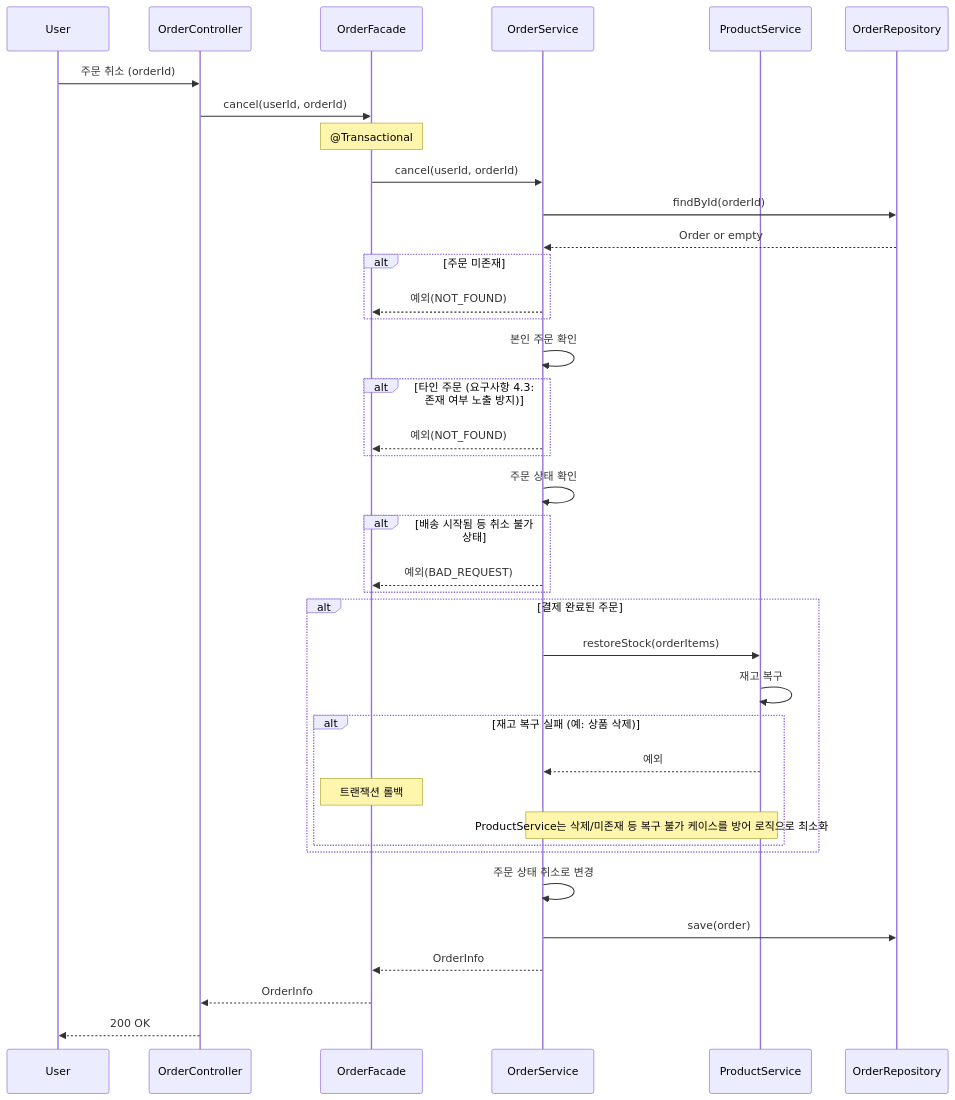
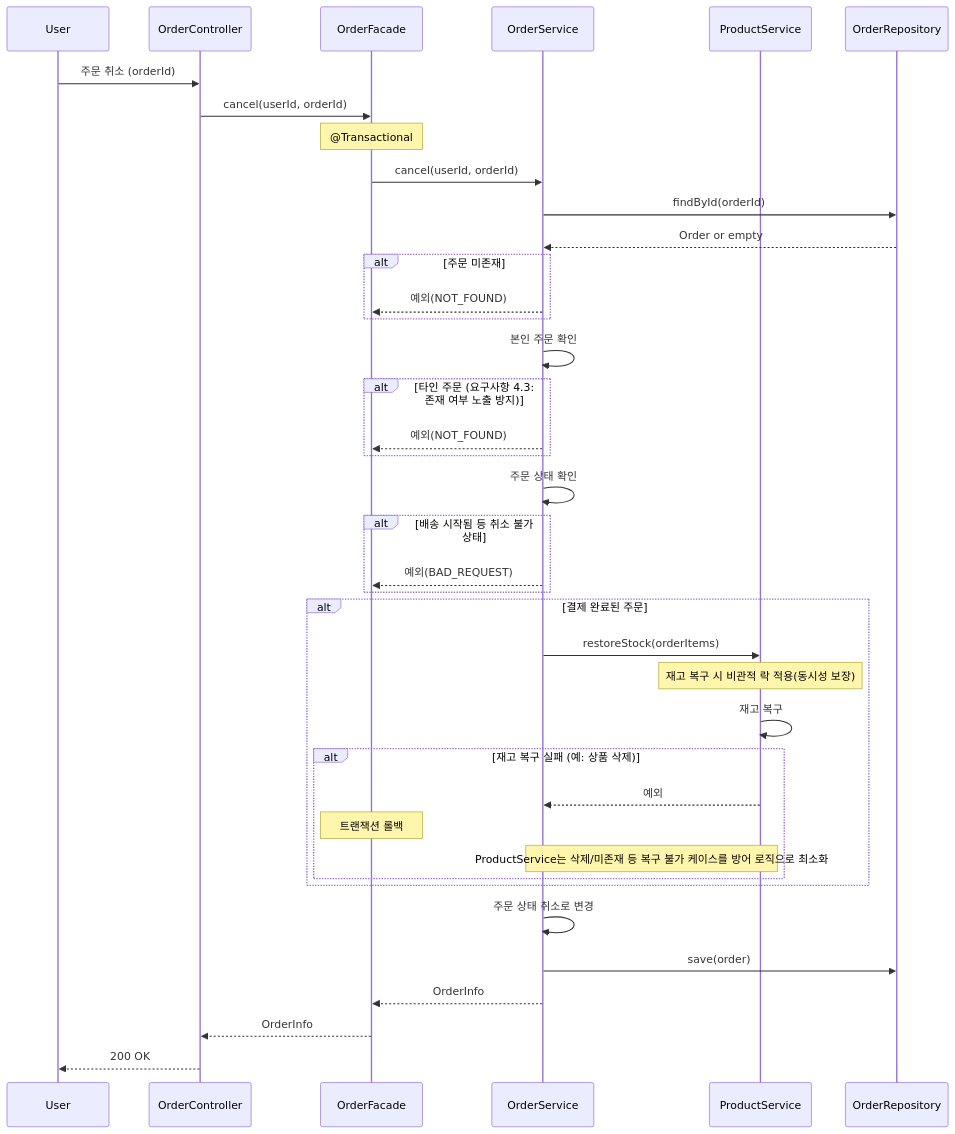
One commit to Loopers-dev-lab/loop-pack-be-l2-vol3-java changed the sixth of 6 diagrams in .docs/design/02-sequence-diagrams.md. Above: the diagram before and after it, drawn with Mermaid. The commit also changed other lines of this file and 2 other files, not shown here.

First line of the commit message:
docs: 요구사항·시퀀스·클래스다이어그램 보완

````diff
--- a/.docs/design/02-sequence-diagrams.md
+++ b/.docs/design/02-sequence-diagrams.md
@@ -273,46 +273,47 @@
 ```mermaid
 sequenceDiagram
     participant User
     participant OrderController
     participant OrderFacade
     participant OrderService
     participant ProductService
     participant OrderRepository
 
     User->>OrderController: 주문 취소 (orderId)
     OrderController->>OrderFacade: cancel(userId, orderId)
     Note over OrderFacade: @Transactional
     OrderFacade->>OrderService: cancel(userId, orderId)
 
     OrderService->>OrderRepository: findById(orderId)
     OrderRepository-->>OrderService: Order or empty
     alt 주문 미존재
         OrderService-->>OrderFacade: 예외(NOT_FOUND)
     end
 
     OrderService->>OrderService: 본인 주문 확인
     alt 타인 주문 (요구사항 4.3: 존재 여부 노출 방지)
         OrderService-->>OrderFacade: 예외(NOT_FOUND)
     end
 
     OrderService->>OrderService: 주문 상태 확인
     alt 배송 시작됨 등 취소 불가 상태
         OrderService-->>OrderFacade: 예외(BAD_REQUEST)
     end
 
     alt 결제 완료된 주문
         OrderService->>ProductService: restoreStock(orderItems)
+        Note over ProductService: 재고 복구 시 비관적 락 적용(동시성 보장)
         ProductService->>ProductService: 재고 복구
         alt 재고 복구 실패 (예: 상품 삭제)
             ProductService-->>OrderService: 예외
             Note over OrderFacade: 트랜잭션 롤백
             Note over OrderService, ProductService: ProductService는 삭제/미존재 등 복구 불가 케이스를 방어 로직으로 최소화
         end
     end
 
     OrderService->>OrderService: 주문 상태 취소로 변경
     OrderService->>OrderRepository: save(order)
     OrderService-->>OrderFacade: OrderInfo
     OrderFacade-->>OrderController: OrderInfo
     OrderController-->>User: 200 OK
 ```
````
